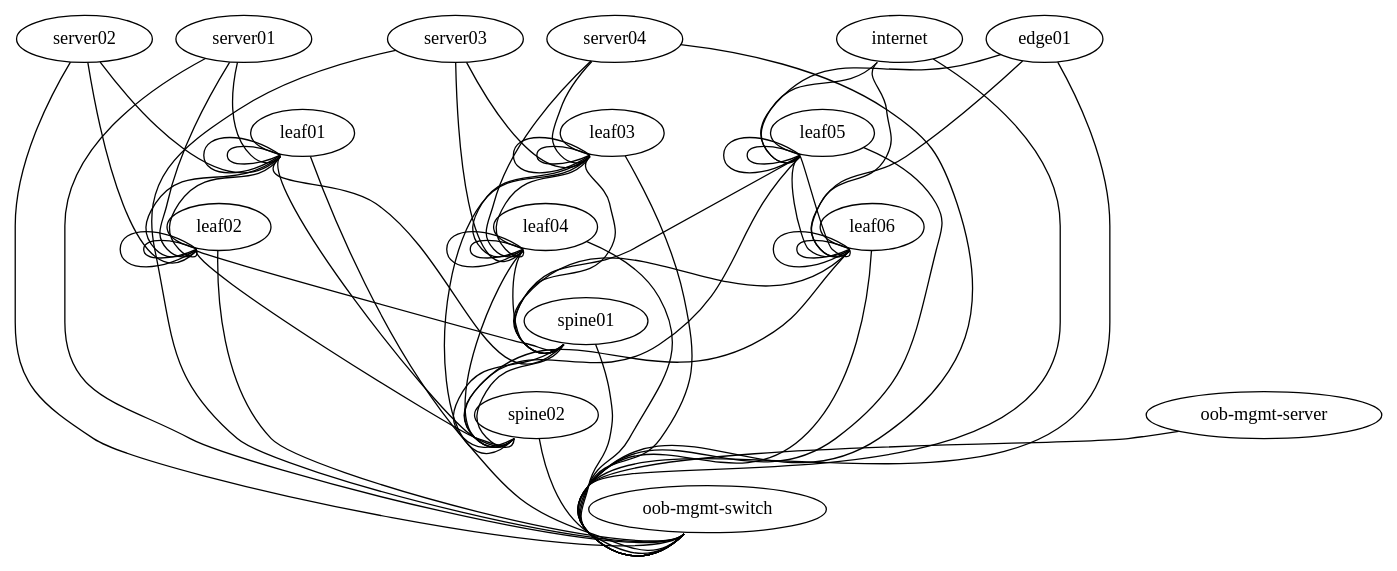
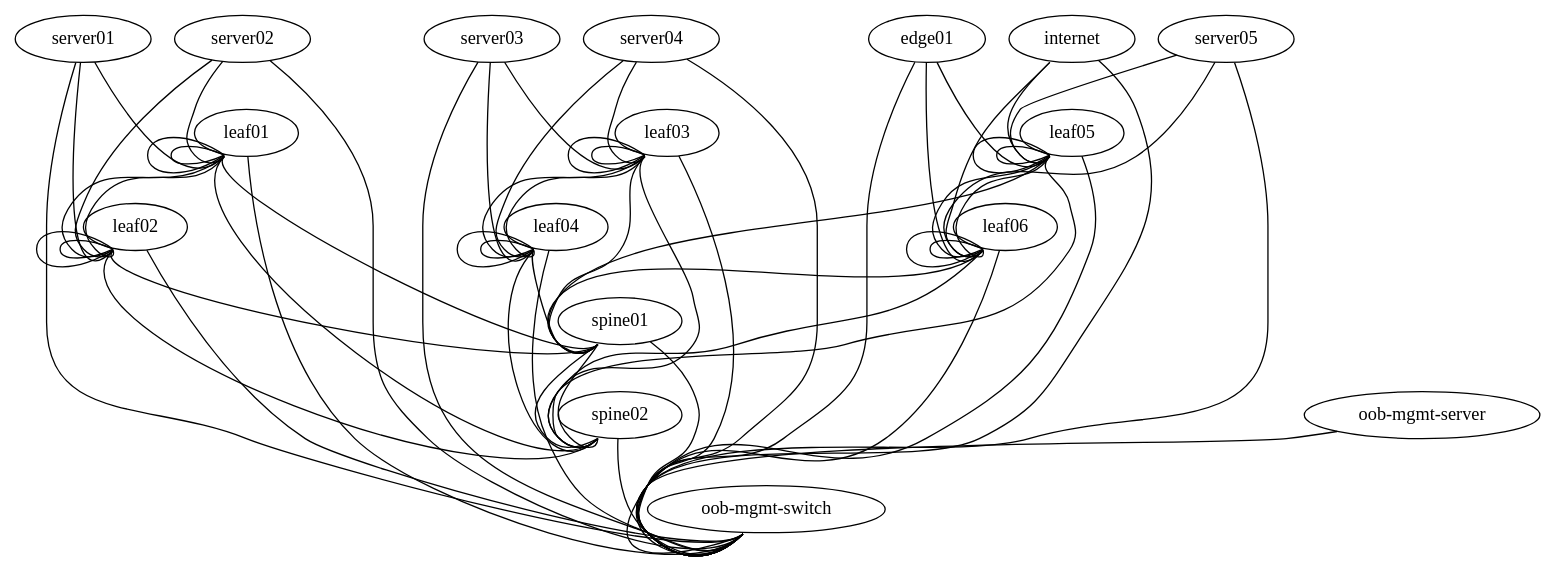
Before and after one commit to StefTN/cldemo-vagrant_quagga: the diagram in topology.dot, drawn with Graphviz. The commit also changed 3 other files, not shown here.

Commit message:
New reference topology: server 5 and version 2.5.7 for vx nodes

```diff
--- a/topology.dot
+++ b/topology.dot
@@ -1,86 +1,90 @@
 graph vx {
- "leaf01" [function="leaf" os="CumulusCommunity/cumulus-vx" version="2.5.6" memory="512" config="./helper_scripts/config_switch.sh" mgmt_ip="192.168.0.11"]
- "leaf02" [function="leaf" os="CumulusCommunity/cumulus-vx" version="2.5.6" memory="512" config="./helper_scripts/config_switch.sh" mgmt_ip="192.168.0.12"]
- "leaf03" [function="leaf" os="CumulusCommunity/cumulus-vx" version="2.5.6" memory="512" config="./helper_scripts/config_switch.sh" mgmt_ip="192.168.0.13"]
- "leaf04" [function="leaf" os="CumulusCommunity/cumulus-vx" version="2.5.6" memory="512" config="./helper_scripts/config_switch.sh" mgmt_ip="192.168.0.14"]
- "spine01" [function="spine" os="CumulusCommunity/cumulus-vx" version="2.5.6" memory="512" config="./helper_scripts/config_switch.sh" mgmt_ip="192.168.0.21"]
- "spine02" [function="spine" os="CumulusCommunity/cumulus-vx" version="2.5.6" memory="512" config="./helper_scripts/config_switch.sh" mgmt_ip="192.168.0.22"]
- "leaf05" [function="exit" os="CumulusCommunity/cumulus-vx" version="2.5.6" memory="512" config="./helper_scripts/config_switch.sh" mgmt_ip="192.168.0.41"]
- "leaf06" [function="exit" os="CumulusCommunity/cumulus-vx" version="2.5.6" memory="512" config="./helper_scripts/config_switch.sh" mgmt_ip="192.168.0.42"]
+ "leaf01" [function="leaf" os="CumulusCommunity/cumulus-vx" version="2.5.7" memory="512" config="./helper_scripts/config_switch.sh" mgmt_ip="192.168.0.11"]
+ "leaf02" [function="leaf" os="CumulusCommunity/cumulus-vx" version="2.5.7" memory="512" config="./helper_scripts/config_switch.sh" mgmt_ip="192.168.0.12"]
+ "leaf03" [function="leaf" os="CumulusCommunity/cumulus-vx" version="2.5.7" memory="512" config="./helper_scripts/config_switch.sh" mgmt_ip="192.168.0.13"]
+ "leaf04" [function="leaf" os="CumulusCommunity/cumulus-vx" version="2.5.7" memory="512" config="./helper_scripts/config_switch.sh" mgmt_ip="192.168.0.14"]
+ "spine01" [function="spine" os="CumulusCommunity/cumulus-vx" version="2.5.7" memory="512" config="./helper_scripts/config_switch.sh" mgmt_ip="192.168.0.21"]
+ "spine02" [function="spine" os="CumulusCommunity/cumulus-vx" version="2.5.7" memory="512" config="./helper_scripts/config_switch.sh" mgmt_ip="192.168.0.22"]
+ "leaf05" [function="exit" os="CumulusCommunity/cumulus-vx" version="2.5.7" memory="512" config="./helper_scripts/config_switch.sh" mgmt_ip="192.168.0.41"]
+ "leaf06" [function="exit" os="CumulusCommunity/cumulus-vx" version="2.5.7" memory="512" config="./helper_scripts/config_switch.sh" mgmt_ip="192.168.0.42"]
  "server01" [function="host" os="boxcutter/ubuntu1404" memory="512" ubuntu=True config="./helper_scripts/config_server.sh" mgmt_ip="192.168.0.31"]
  "server02" [function="host" os="boxcutter/ubuntu1404" memory="512" ubuntu=True config="./helper_scripts/config_server.sh" mgmt_ip="192.168.0.32"]
  "server03" [function="host" os="boxcutter/ubuntu1404" memory="512" ubuntu=True config="./helper_scripts/config_server.sh" mgmt_ip="192.168.0.33"]
  "server04" [function="host" os="boxcutter/ubuntu1404" memory="512" ubuntu=True config="./helper_scripts/config_server.sh" mgmt_ip="192.168.0.34"]
+ "server05" [function="host" os="boxcutter/ubuntu1404" memory="512" ubuntu=True config="./helper_scripts/config_server.sh" mgmt_ip="192.168.0.35"]
  "edge01" [function="host" os="boxcutter/ubuntu1404" memory="512" ubuntu=True config="./helper_scripts/config_server.sh" mgmt_ip="192.168.0.51"]
- "internet" [function="internet" vagrant="swp48" os="CumulusCommunity/cumulus-vx" version="2.5.6" memory="256" config="./helper_scripts/config_internet.sh" mgmt_ip="192.168.0.253"]
- "oob-mgmt-switch" [function="oob-switch" vagrant="eth0" os="CumulusCommunity/cumulus-vx" version="2.5.6" memory="256" config="./helper_scripts/config_oob_switch.sh" mgmt_ip="192.168.0.1"]
+ "internet" [function="internet" vagrant="swp48" os="CumulusCommunity/cumulus-vx" version="2.5.7" memory="256" config="./helper_scripts/config_internet.sh" mgmt_ip="192.168.0.253"]
+ "oob-mgmt-switch" [function="oob-switch" vagrant="eth0" os="CumulusCommunity/cumulus-vx" version="2.5.7" memory="256" config="./helper_scripts/config_oob_switch.sh" mgmt_ip="192.168.0.1"]
  "oob-mgmt-server" [function="oob-server" ansible=True vagrant="eth0" os="boxcutter/ubuntu1404" memory="1024" ubuntu=True config="./helper_scripts/config_oob_server.sh" mgmt_ip="192.168.0.254"]
 
  "leaf01":"swp51" -- "spine01":"swp1"
  "leaf02":"swp51" -- "spine01":"swp2"
  "leaf03":"swp51" -- "spine01":"swp3"
  "leaf04":"swp51" -- "spine01":"swp4"
  "leaf01":"swp52" -- "spine02":"swp1"
  "leaf02":"swp52" -- "spine02":"swp2"
  "leaf03":"swp52" -- "spine02":"swp3"
  "leaf04":"swp52" -- "spine02":"swp4"
 
  "leaf01":"swp49" -- "leaf02":"swp49"
  "leaf01":"swp50" -- "leaf02":"swp50"
  "leaf03":"swp49" -- "leaf04":"swp49"
  "leaf03":"swp50" -- "leaf04":"swp50"
 
  "spine01":"swp31" -- "spine02":"swp31"
  "spine01":"swp32" -- "spine02":"swp32"
  "leaf05":"swp49" -- "leaf06":"swp49"
  "leaf05":"swp50" -- "leaf06":"swp50"
 
  "server01":"eth1" -- "leaf01":"swp1"
  "server01":"eth2" -- "leaf02":"swp1"
  "server02":"eth1" -- "leaf01":"swp2"
  "server02":"eth2" -- "leaf02":"swp2"
  "server03":"eth1" -- "leaf03":"swp1"
  "server03":"eth2" -- "leaf04":"swp1"
  "server04":"eth1" -- "leaf03":"swp2"
  "server04":"eth2" -- "leaf04":"swp2"
+ "server05":"eth1" -- "leaf05":"swp2"
+ "server05":"eth2" -- "leaf06":"swp2"
 
  "leaf05":"swp51" -- "spine01":"swp5"
  "leaf05":"swp52" -- "spine02":"swp5"
  "leaf06":"swp51" -- "spine01":"swp6"
  "leaf06":"swp52" -- "spine02":"swp6"
  "leaf05":"swp45" -- "leaf05":"swp46"
  "leaf05":"swp47" -- "leaf05":"swp48"
  "leaf06":"swp45" -- "leaf06":"swp46"
  "leaf06":"swp47" -- "leaf06":"swp48"
 
  "leaf01":"swp45" -- "leaf01":"swp46"
  "leaf01":"swp47" -- "leaf01":"swp48"
  "leaf02":"swp45" -- "leaf02":"swp46"
  "leaf02":"swp47" -- "leaf02":"swp48"
  "leaf03":"swp45" -- "leaf03":"swp46"
  "leaf03":"swp47" -- "leaf03":"swp48"
  "leaf04":"swp45" -- "leaf04":"swp46"
  "leaf04":"swp47" -- "leaf04":"swp48"
 
  "internet":"swp1" -- "leaf05":"swp44"
  "internet":"swp2" -- "leaf06":"swp44"
 
  "edge01":"eth1" -- "leaf05":"swp1"
  "edge01":"eth2" -- "leaf06":"swp1"
 
  "oob-mgmt-server":"eth1" -- "oob-mgmt-switch":"swp1"
  "server01":"eth0" -- "oob-mgmt-switch":"swp2" [left_mac="A0:00:00:00:00:31"]
  "server02":"eth0" -- "oob-mgmt-switch":"swp3" [left_mac="A0:00:00:00:00:32"]
  "server03":"eth0" -- "oob-mgmt-switch":"swp4" [left_mac="A0:00:00:00:00:33"]
  "server04":"eth0" -- "oob-mgmt-switch":"swp5" [left_mac="A0:00:00:00:00:34"]
  "leaf01":"eth0" -- "oob-mgmt-switch":"swp6" [left_mac="A0:00:00:00:00:11"]
  "leaf02":"eth0" -- "oob-mgmt-switch":"swp7" [left_mac="A0:00:00:00:00:12"]
  "leaf03":"eth0" -- "oob-mgmt-switch":"swp8" [left_mac="A0:00:00:00:00:13"]
  "leaf04":"eth0" -- "oob-mgmt-switch":"swp9" [left_mac="A0:00:00:00:00:14"]
  "spine01":"eth0" -- "oob-mgmt-switch":"swp10" [left_mac="A0:00:00:00:00:21"]
  "spine02":"eth0" -- "oob-mgmt-switch":"swp11" [left_mac="A0:00:00:00:00:22"]
  "leaf05":"eth0" -- "oob-mgmt-switch":"swp12" [left_mac="A0:00:00:00:00:41"]
  "leaf06":"eth0" -- "oob-mgmt-switch":"swp13" [left_mac="A0:00:00:00:00:42"]
  "edge01":"eth0" -- "oob-mgmt-switch":"swp14" [left_mac="A0:00:00:00:00:51"]
+ "server05":"eth0" -- "oob-mgmt-switch":"swp16" [left_mac="A0:00:00:00:00:35"]
  "internet":"eth0" -- "oob-mgmt-switch":"swp15"
 }
```
